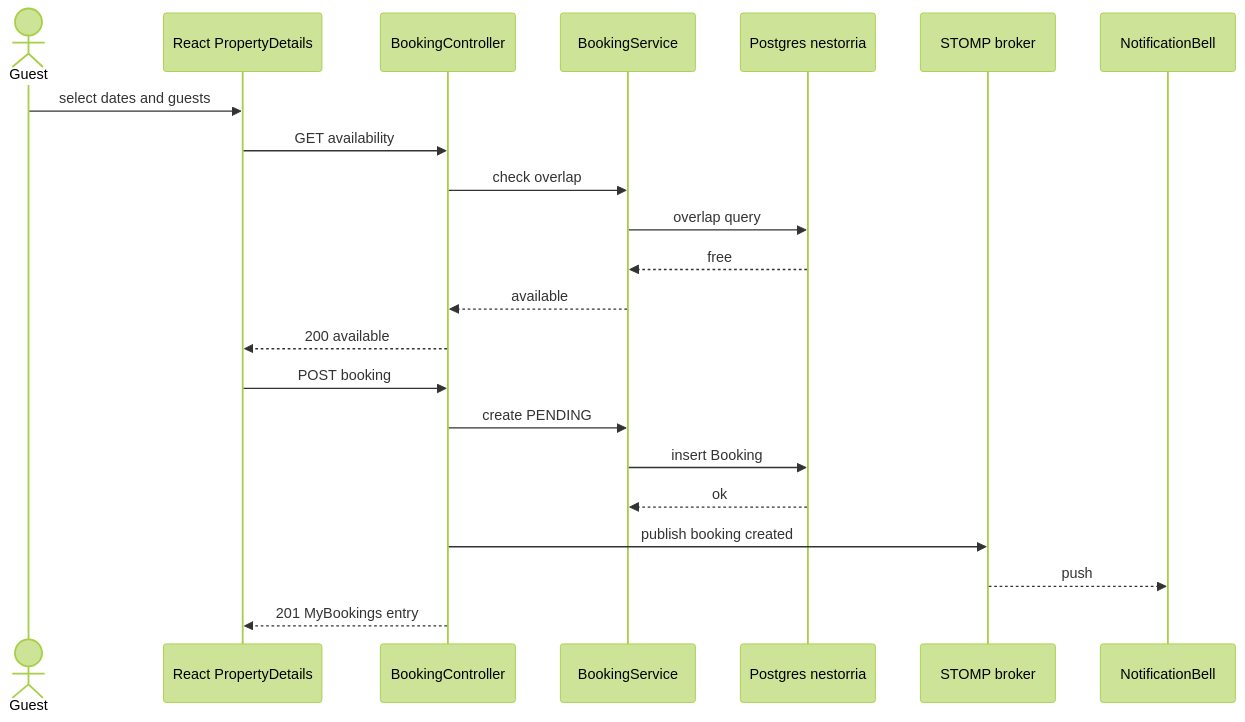
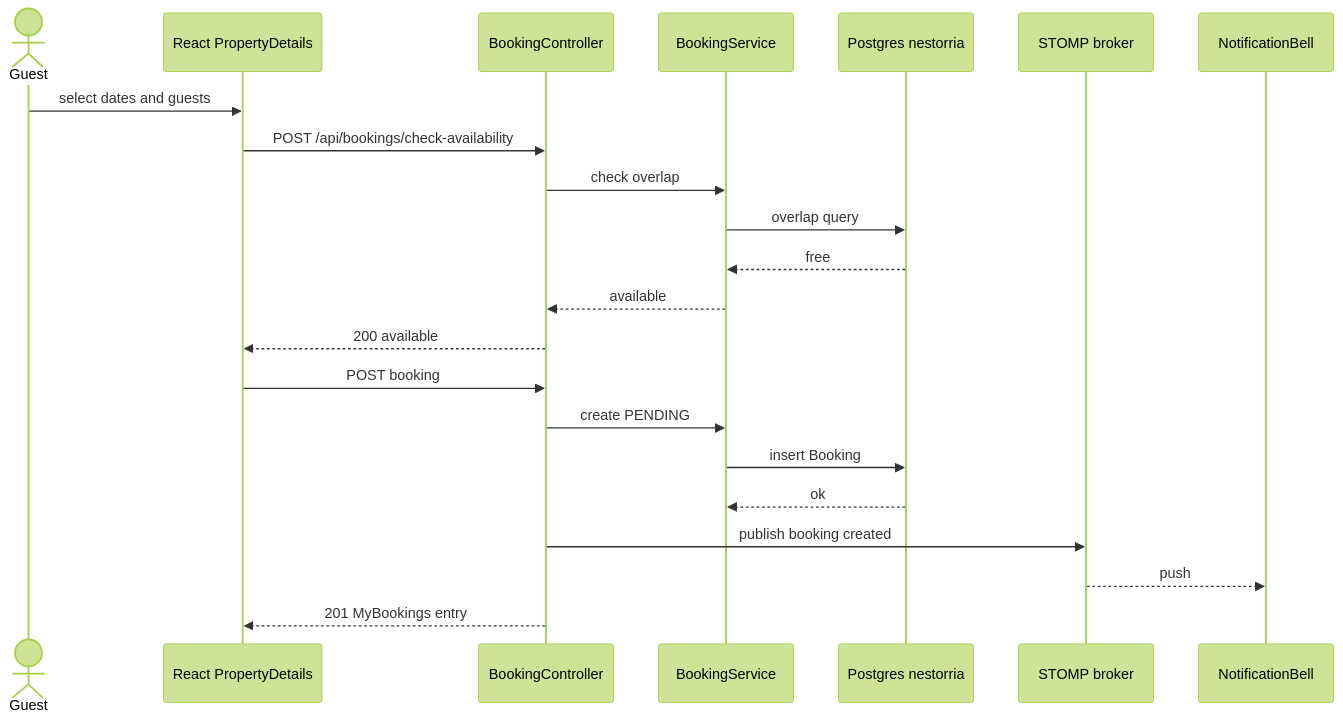
Before and after one commit to Sebastian906/Nestorria-FullStack: the diagram in docs/diagrams/sequence-booking.mmd, drawn with Mermaid (forest theme). The commit also changed 15 other files, not shown here.

```diff
--- a/docs/diagrams/sequence-booking.mmd
+++ b/docs/diagrams/sequence-booking.mmd
@@ -1,23 +1,23 @@
 %% Nestorria - Booking sequence (React -> Spring -> DB -> STOMP)
 sequenceDiagram
   actor U as Guest
   participant R as React PropertyDetails
   participant S as BookingController
   participant V as BookingService
   participant D as Postgres nestorria
   participant W as STOMP broker
   participant N as NotificationBell
   U->>R: select dates and guests
-  R->>S: GET availability
+  R->>S: POST /api/bookings/check-availability
   S->>V: check overlap
   V->>D: overlap query
   D-->>V: free
   V-->>S: available
   S-->>R: 200 available
   R->>S: POST booking
   S->>V: create PENDING
   V->>D: insert Booking
   D-->>V: ok
   S->>W: publish booking created
   W-->>N: push
   S-->>R: 201 MyBookings entry
```
